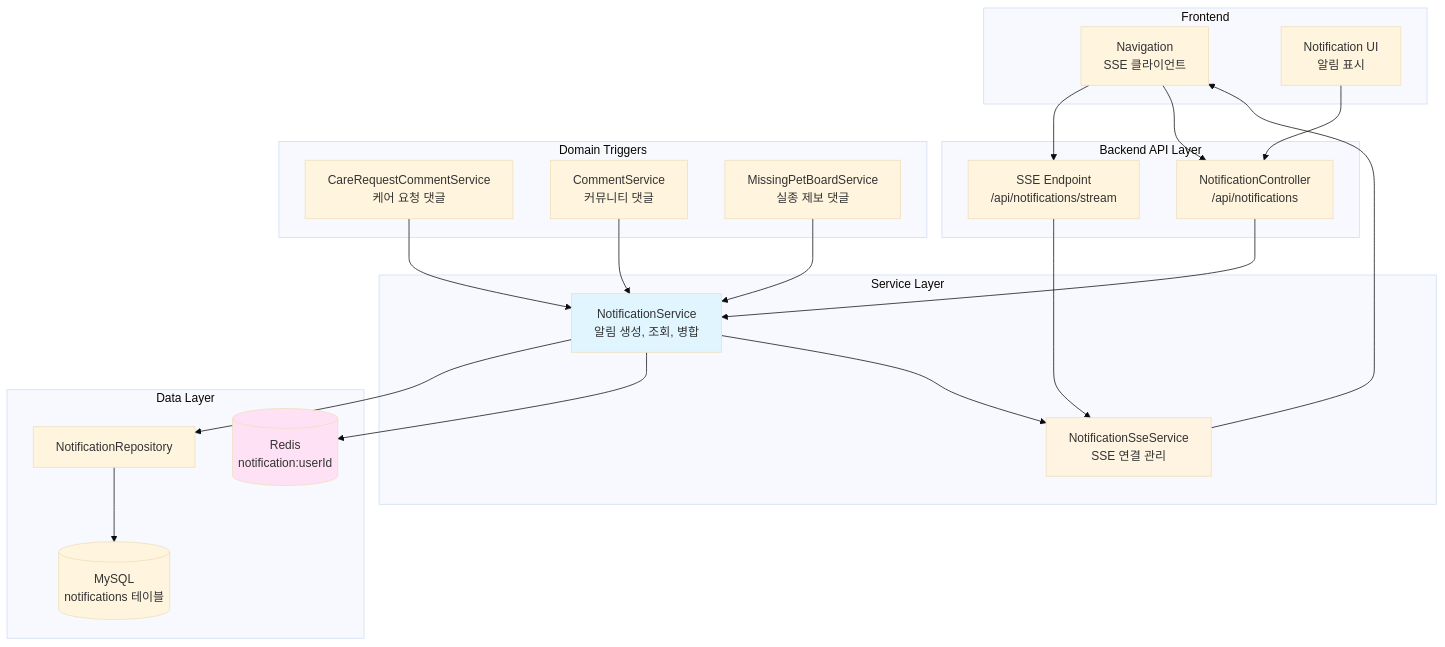
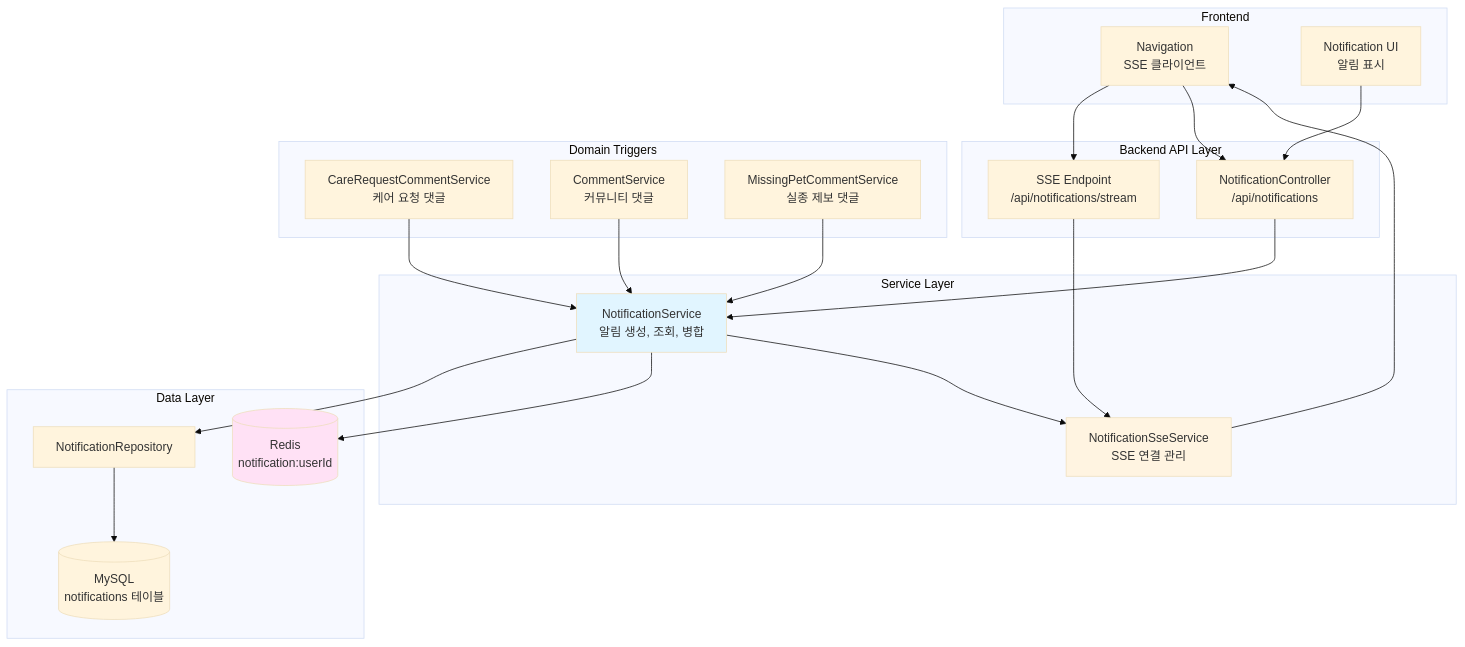
One commit to makkong1/Petory changed the first of 5 diagrams in docs/architecture/알림 시스템 아키텍처.md. Above: the diagram before and after it, drawn with Mermaid (base theme). The commit also changed other lines of this file and 12 other files, not shown here.

Commit message:
docs(architecture): 도메인 아키텍처 문서를 최신 코드·API와 동기화

````diff
--- a/docs/architecture/알림 시스템 아키텍처.md
+++ b/docs/architecture/알림 시스템 아키텍처.md
@@ -11,52 +11,52 @@
 ```mermaid
 graph TB
     subgraph "Frontend"
         NAV[Navigation<br/>SSE 클라이언트]
         NOTIF[Notification UI<br/>알림 표시]
     end
     
     subgraph "Backend API Layer"
         NC[NotificationController<br/>/api/notifications]
         SSE[SSE Endpoint<br/>/api/notifications/stream]
     end
     
     subgraph "Service Layer"
         NS[NotificationService<br/>알림 생성, 조회, 병합]
         NSS[NotificationSseService<br/>SSE 연결 관리]
     end
     
     subgraph "Data Layer"
         NR[NotificationRepository]
         MySQL[(MySQL<br/>notifications 테이블)]
         Redis[(Redis<br/>notification:userId)]
     end
     
     subgraph "Domain Triggers"
         CRCS[CareRequestCommentService<br/>케어 요청 댓글]
         CS[CommentService<br/>커뮤니티 댓글]
-        MPBS[MissingPetBoardService<br/>실종 제보 댓글]
+        MPCS[MissingPetCommentService<br/>실종 제보 댓글]
     end
     
     NAV --> SSE
     NAV --> NC
     NOTIF --> NC
     
     SSE --> NSS
     NC --> NS
     
     NS --> NR
     NS --> Redis
     NS --> NSS
     
     NSS --> NAV
     
     CRCS --> NS
     CS --> NS
-    MPBS --> NS
+    MPCS --> NS
     
     NR --> MySQL
     
     style NS fill:#e1f5ff
     style NSS fill:#fff4e1
     style Redis fill:#ffe1f5
 ```
````
